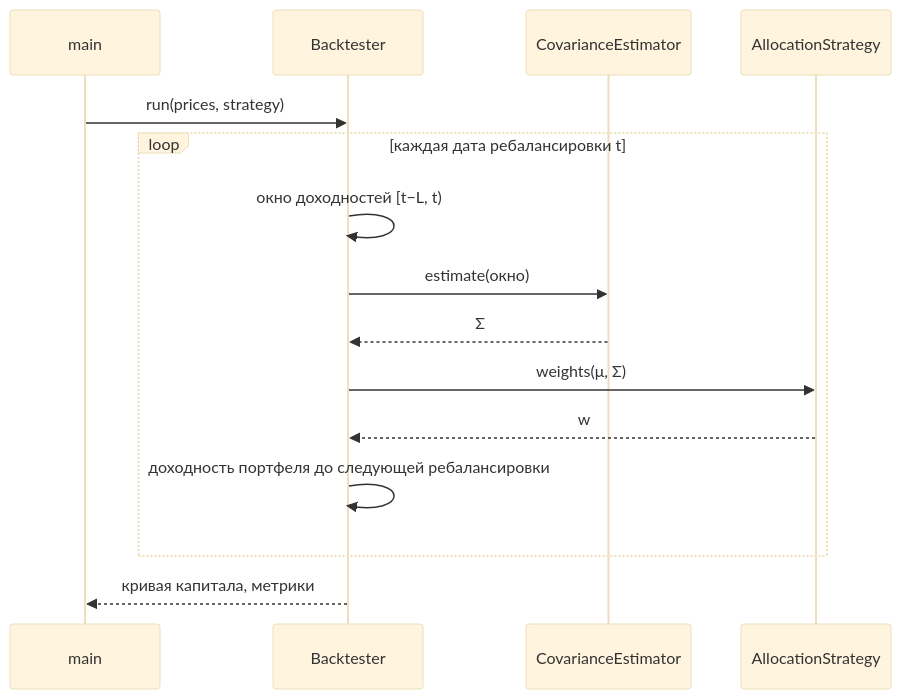
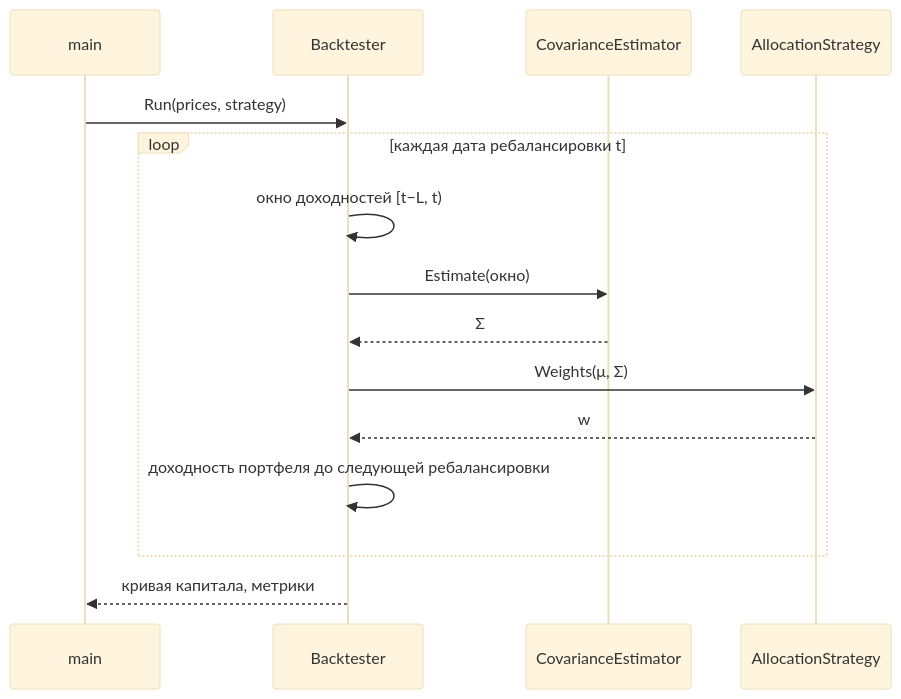
The third of 3 diagrams in docs/ARCHITECTURE.md (NeuroWorknotNeo/Software-Engineering-Project), drawn with Mermaid (base theme) before and after one commit. The commit also changed other lines of this file and 14 other files, not shown here.

````diff
--- a/docs/ARCHITECTURE.md
+++ b/docs/ARCHITECTURE.md
@@ -99,17 +99,17 @@
 ```mermaid
 sequenceDiagram
     participant CLI as main
     participant BT as Backtester
     participant EST as CovarianceEstimator
     participant STR as AllocationStrategy
-    CLI->>BT: run(prices, strategy)
+    CLI->>BT: Run(prices, strategy)
     loop каждая дата ребалансировки t
         BT->>BT: окно доходностей [t−L, t)
-        BT->>EST: estimate(окно)
+        BT->>EST: Estimate(окно)
         EST-->>BT: Σ
-        BT->>STR: weights(μ, Σ)
+        BT->>STR: Weights(μ, Σ)
         STR-->>BT: w
         BT->>BT: доходность портфеля до следующей ребалансировки
     end
     BT-->>CLI: кривая капитала, метрики
 ```
````
